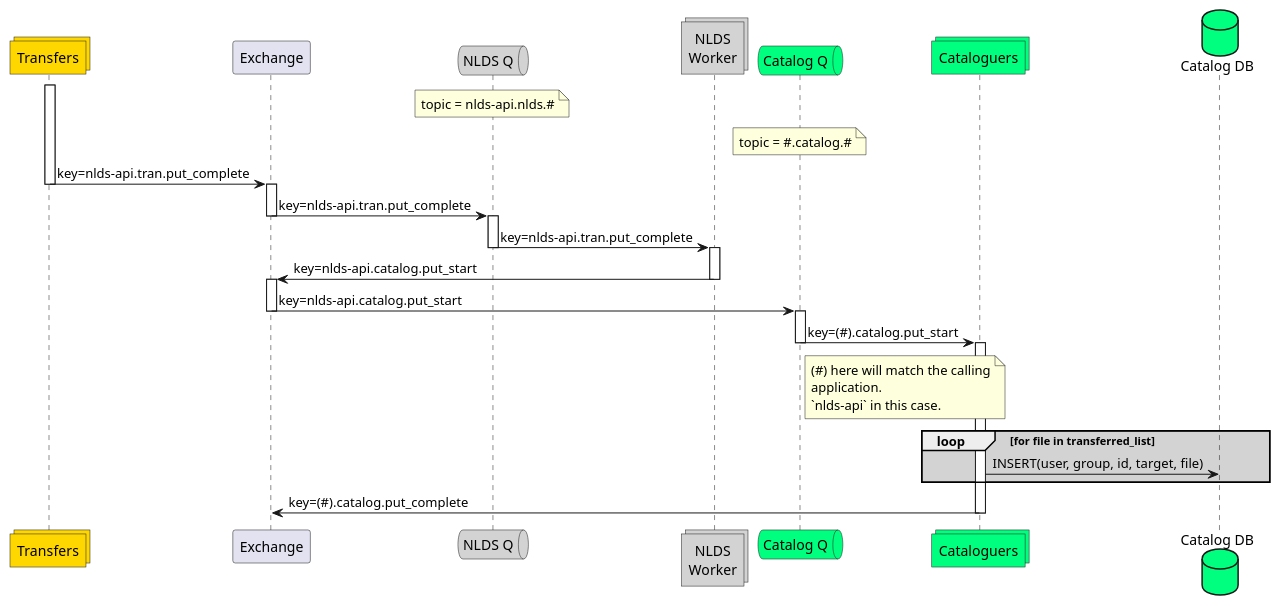
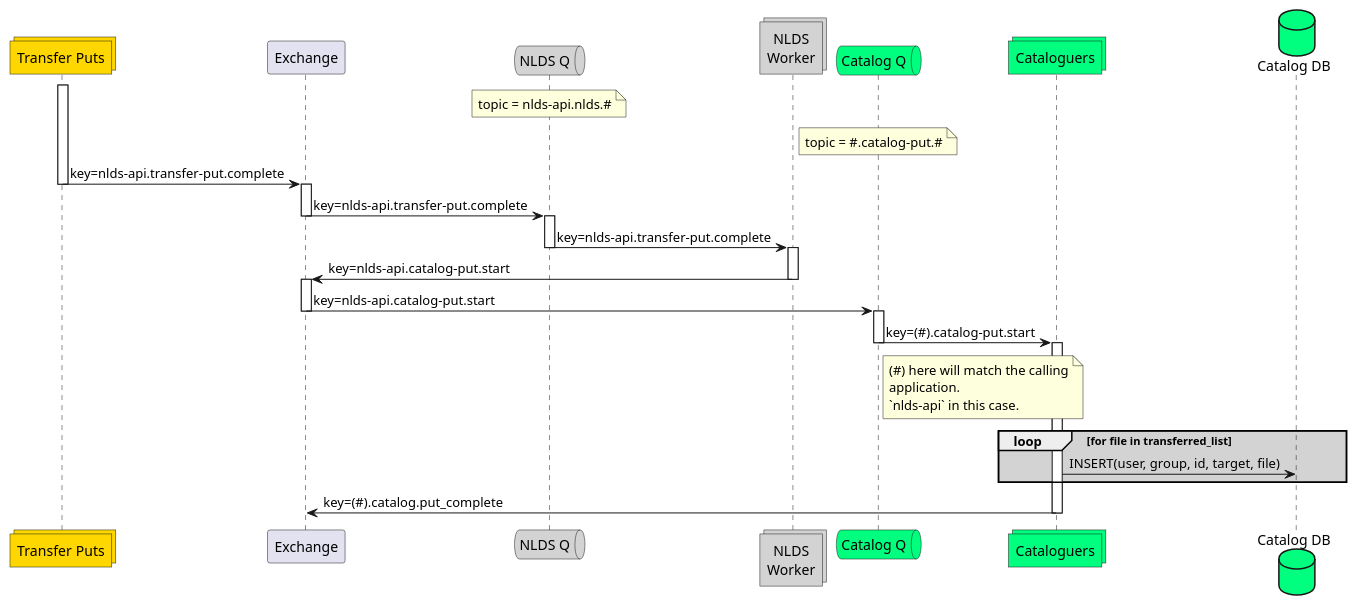
Before and after one commit to cedadev/nlds: the diagram in docs/spec/uml/message_flow_put3.puml, drawn with PlantUML. The commit also changed 16 other files, not shown here.

Commit message:
Updated messages and message flow

```diff
--- a/docs/spec/uml/message_flow_put3.puml
+++ b/docs/spec/uml/message_flow_put3.puml
@@ -1,57 +1,57 @@
 @startuml message_flow_put3
 
-collections tran as "Transfers" #gold
+collections transfer_puts as "Transfer Puts" #gold
 
 participant wex as "Exchange"
 
 queue qw as "NLDS Q" #lightgrey
 note over qw
     topic = nlds-api.nlds.#
 end note
 collections work as "NLDS\nWorker" #lightgrey
 
 queue qc as "Catalog Q" #springgreen
 collections catalog as "Cataloguers" #springgreen
 database catalog_db as "Catalog DB" #springgreen
 note over qc
-    topic = #.catalog.#
+    topic = #.catalog-put.#
 end note
 
-activate tran
-tran -> wex : key=nlds-api.tran.put_complete
-deactivate tran
+activate transfer_puts
+transfer_puts -> wex : key=nlds-api.transfer-put.complete
+deactivate transfer_puts
 
 activate wex
-wex -> qw : key=nlds-api.tran.put_complete
+wex -> qw : key=nlds-api.transfer-put.complete
 deactivate wex
 
 activate qw
-qw -> work : key=nlds-api.tran.put_complete
+qw -> work : key=nlds-api.transfer-put.complete
 deactivate qw
 
 activate work
-work -> wex : key=nlds-api.catalog.put_start
+work -> wex : key=nlds-api.catalog-put.start
 deactivate work
 
 activate wex
-wex -> qc : key=nlds-api.catalog.put_start
+wex -> qc : key=nlds-api.catalog-put.start
 deactivate wex
 
 activate qc
-qc -> catalog : key=(#).catalog.put_start
+qc -> catalog : key=(#).catalog-put.start
 deactivate qc
 note right of qc
     (#) here will match the calling
     application.
     `nlds-api` in this case.
 end note
 
 activate catalog
 loop #lightgrey for file in transferred_list 
     catalog -> catalog_db : INSERT(user, group, id, target, file)
 end
 catalog -> wex : key=(#).catalog.put_complete
 deactivate catalog
 
 
 @enduml
```
